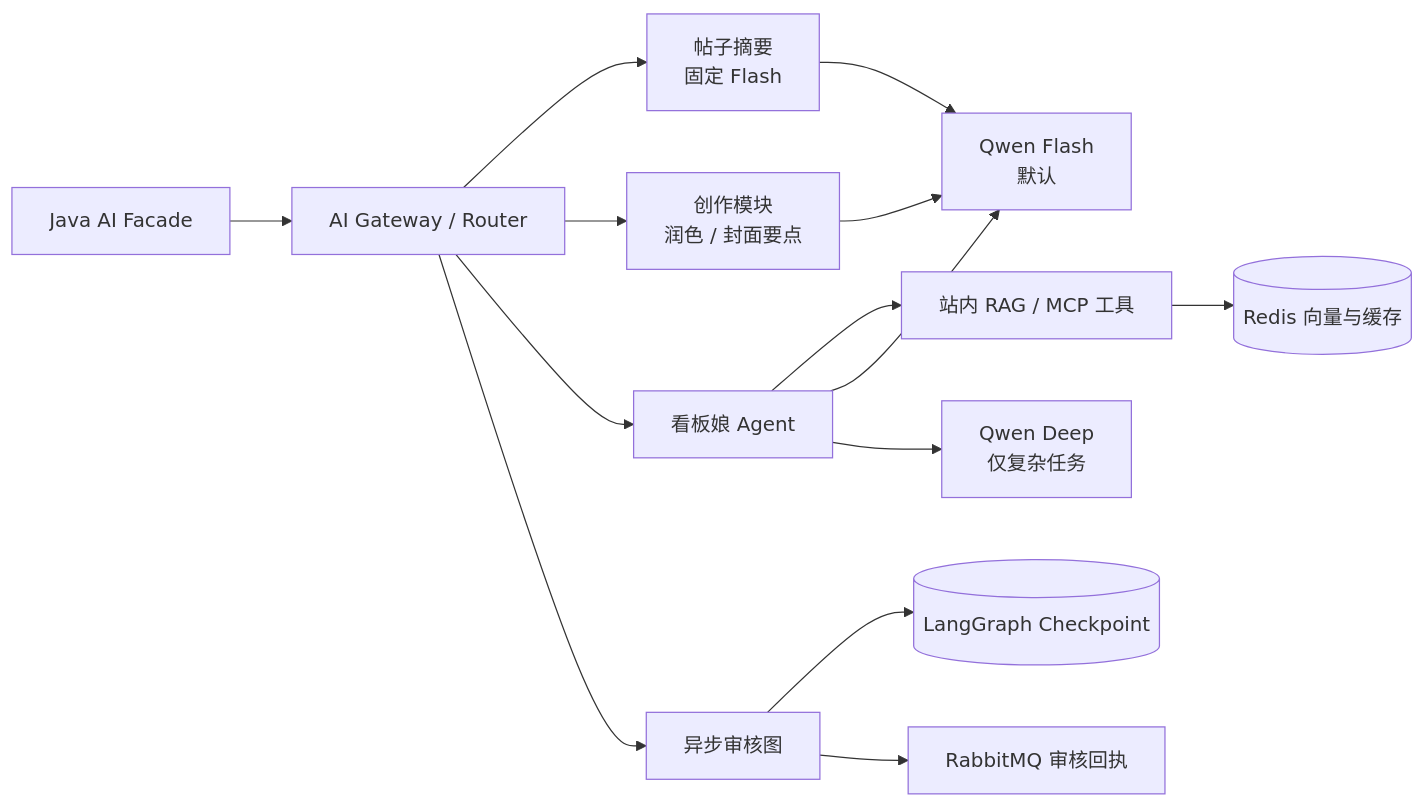
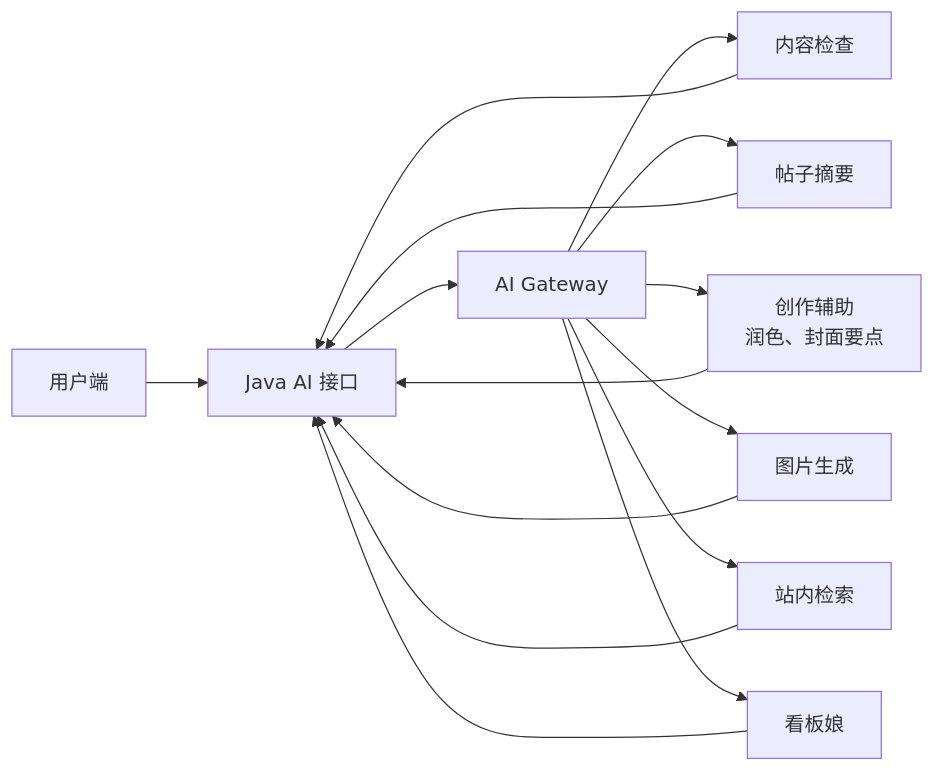
Before and after one commit to pluchon/mengmeng_forum: the eighth of 12 diagrams in README.md, drawn with Mermaid. The commit also changed other lines of this file and 25 other files, not shown here.

````diff
--- a/README.md
+++ b/README.md
@@ -44,16 +150,17 @@
 ```mermaid
 flowchart LR
-  J["Java AI Facade"] --> G["AI Gateway / Router"]
-  G --> S["帖子摘要\n固定 Flash"]
-  G --> C["创作模块\n润色 / 封面要点"]
-  G --> M["看板娘 Agent"]
-  G --> A["异步审核图"]
-  M --> T["站内 RAG / MCP 工具"]
-  M --> F["Qwen Flash\n默认"]
-  M --> D["Qwen Deep\n仅复杂任务"]
-  C --> F
-  S --> F
-  A --> P[("LangGraph Checkpoint")]
-  T --> R[("Redis 向量与缓存")]
-  A --> Q["RabbitMQ 审核回执"]
+  FE["用户端"] --> J["Java AI 接口"]
+  J --> G["AI Gateway"]
+  G --> M["内容检查"]
+  G --> S["帖子摘要"]
+  G --> C["创作辅助\n润色、封面要点"]
+  G --> I["图片生成"]
+  G --> R["站内检索"]
+  G --> K["看板娘"]
+  M --> J
+  S --> J
+  C --> J
+  I --> J
+  R --> J
+  K --> J
 ```
````
